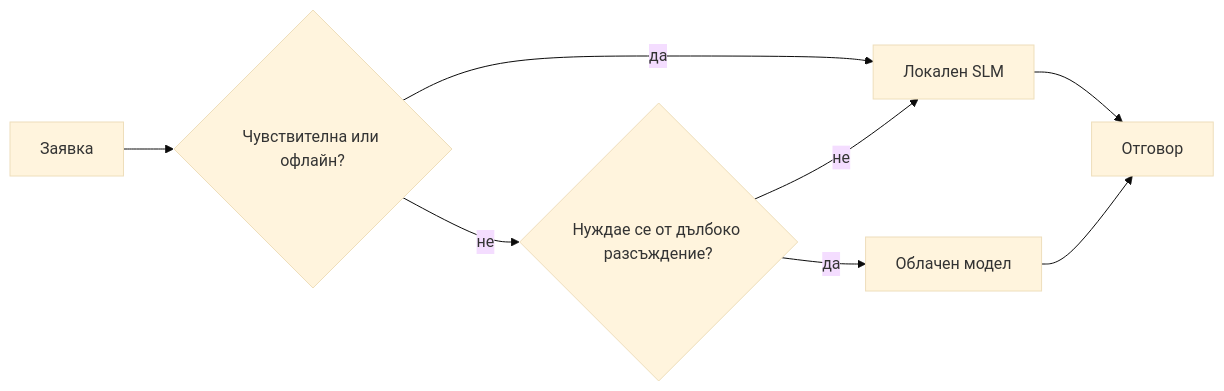
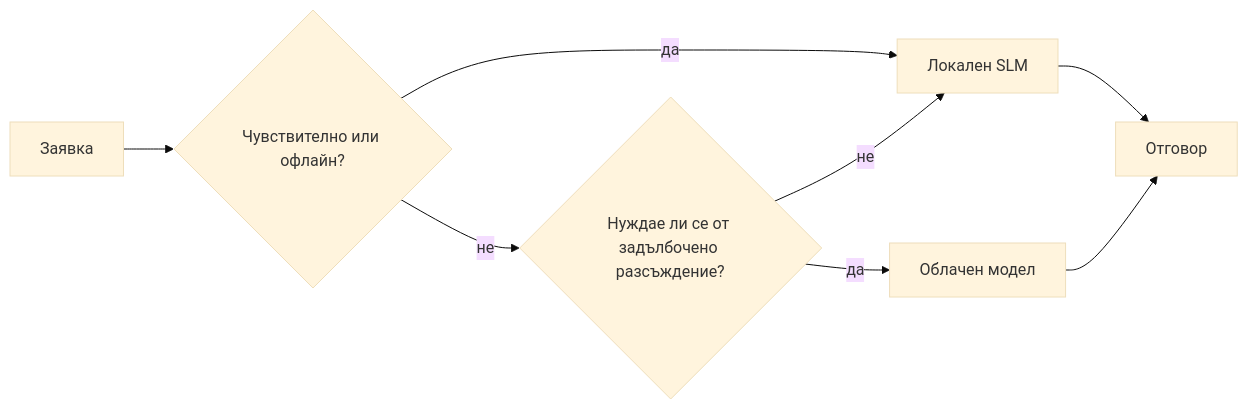
One commit to microsoft/ai-agents-for-beginners changed the fourth of 4 diagrams in translations/bg/17-creating-local-ai-agents/README.md. Above: the diagram before and after it, drawn with Mermaid (base theme). The commit also changed other lines of this file and 46 other files, not shown here.

````diff
--- a/translations/bg/17-creating-local-ai-agents/README.md
+++ b/translations/bg/17-creating-local-ai-agents/README.md
@@ -156,10 +156,10 @@
 ```mermaid
 flowchart LR
-    Q[Заявка] --> S{Чувствителна или офлайн?}
+    Q[Заявка] --> S{Чувствително или офлайн?}
     S -->|да| L[Локален SLM]
-    S -->|не| C{Нуждае се от дълбоко разсъждение?}
+    S -->|не| C{Нуждае ли се от задълбочено разсъждение?}
     C -->|не| L
     C -->|да| Cloud[Облачен модел]
     L --> Out[Отговор]
     Cloud --> Out
 ```
````
